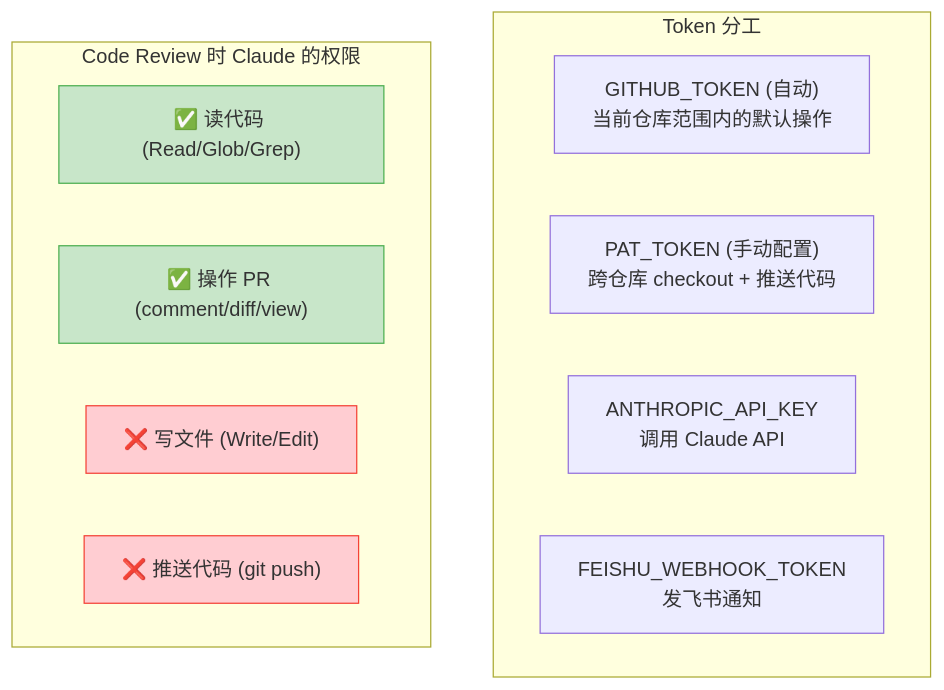
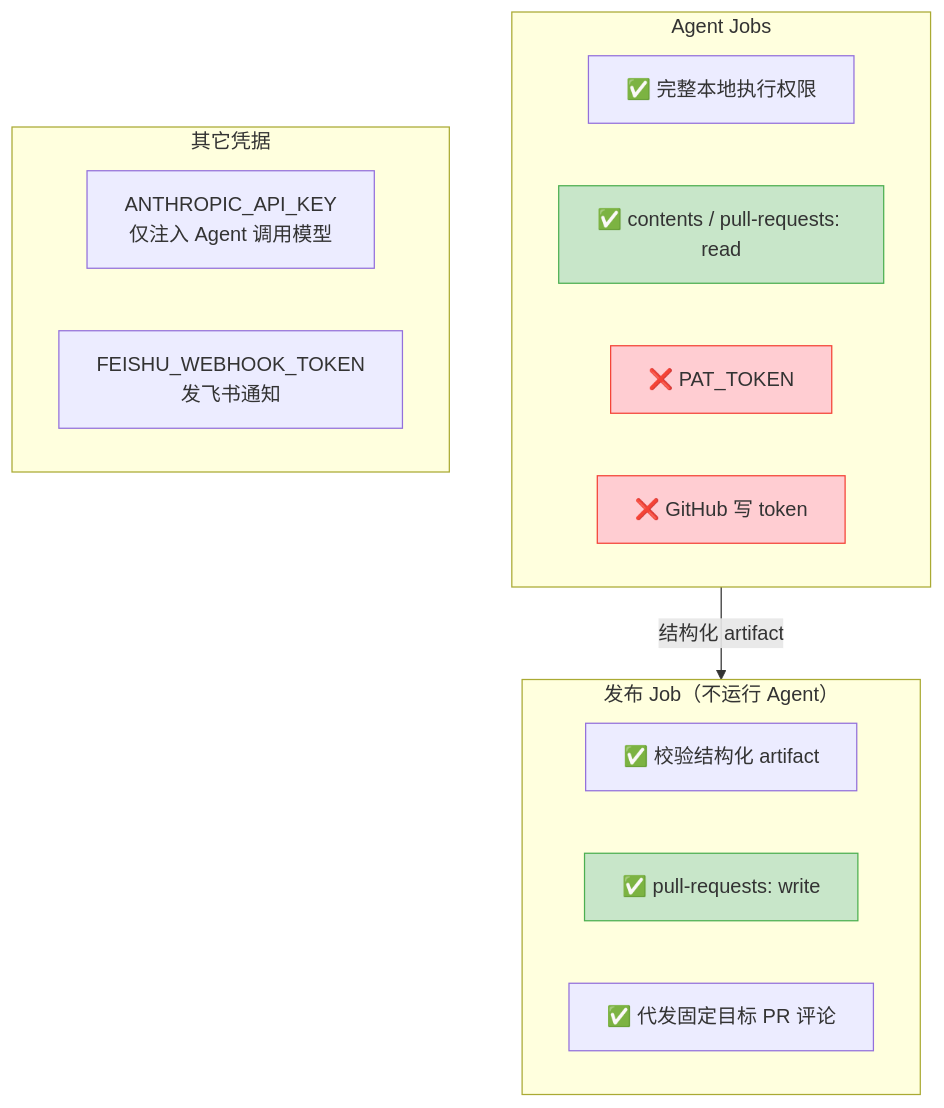
One commit to Lightspeed-Intelligence/agentic-workflow-template changed diagram 11 of 13 in docs/code-review-design.md. Above: the diagram before and after it, drawn with Mermaid. The commit also changed other lines of this file and 3 other files, not shown here.

Commit message:
feat(pr-review): isolate agents from GitHub writes

````diff
--- a/docs/code-review-design.md
+++ b/docs/code-review-design.md
@@ -326,21 +344,27 @@
 ```mermaid
 graph TD
-    subgraph tokens["Token 分工"]
-        gt["GITHUB_TOKEN (自动)<br/>当前仓库范围内的默认操作"]
-        pat["PAT_TOKEN (手动配置)<br/>跨仓库 checkout + 推送代码"]
-        ak["ANTHROPIC_API_KEY<br/>调用 Claude API"]
+    subgraph review_jobs["Agent Jobs"]
+        local["✅ 完整本地执行权限"]
+        read["✅ contents / pull-requests: read"]
+        no_pat["❌ PAT_TOKEN"]
+        no_write["❌ GitHub 写 token"]
+    end
+
+    subgraph publish_job["发布 Job（不运行 Agent）"]
+        validate["✅ 校验结构化 artifact"]
+        pr_write["✅ pull-requests: write"]
+        comment["✅ 代发固定目标 PR 评论"]
+    end
+
+    subgraph tokens["其它凭据"]
+        ak["ANTHROPIC_API_KEY<br/>仅注入 Agent 调用模型"]
         fw["FEISHU_WEBHOOK_TOKEN<br/>发飞书通知"]
     end
 
-    subgraph review_perm["Code Review 时 Claude 的权限"]
-        read["✅ 读代码 (Read/Glob/Grep)"]
-        ghpr["✅ 操作 PR (comment/diff/view)"]
-        write["❌ 写文件 (Write/Edit)"]
-        push["❌ 推送代码 (git push)"]
-    end
+    review_jobs -->|结构化 artifact| publish_job
 
-    style write fill:#ffcdd2,stroke:#f44336
-    style push fill:#ffcdd2,stroke:#f44336
+    style no_pat fill:#ffcdd2,stroke:#f44336
+    style no_write fill:#ffcdd2,stroke:#f44336
     style read fill:#c8e6c9,stroke:#4CAF50
-    style ghpr fill:#c8e6c9,stroke:#4CAF50
+    style pr_write fill:#c8e6c9,stroke:#4CAF50
 ```
````
